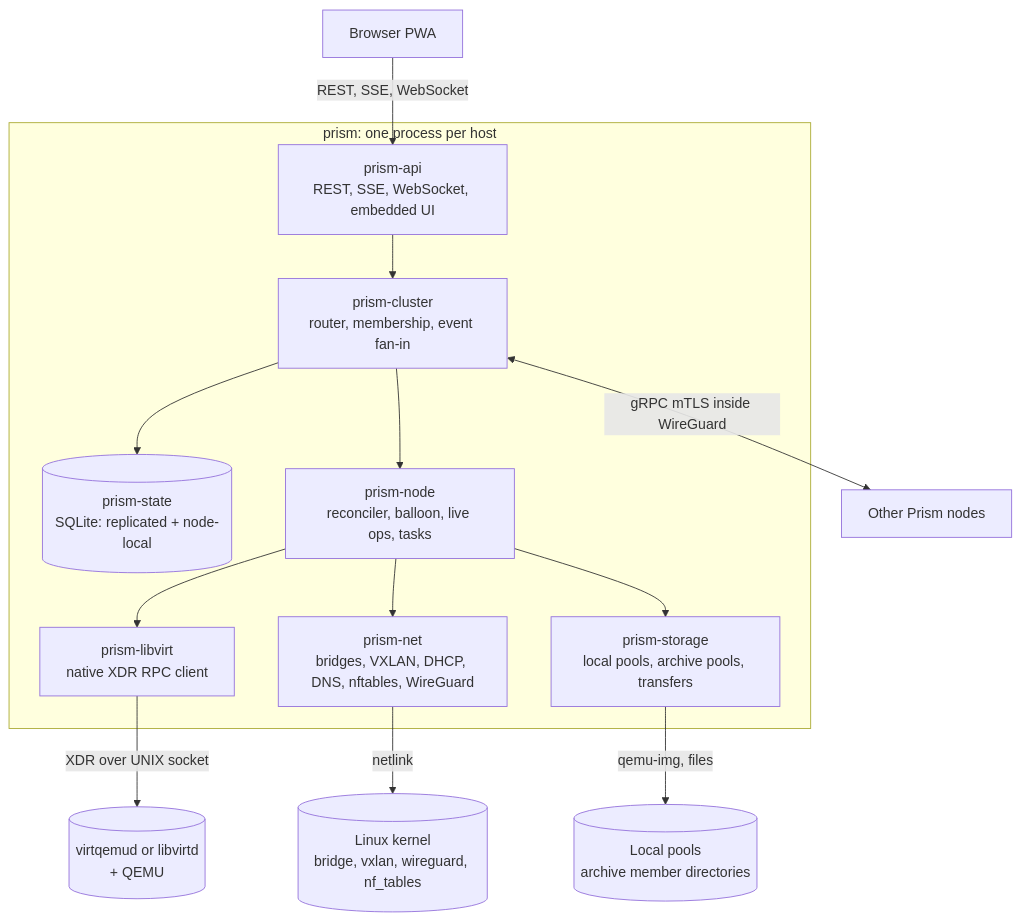
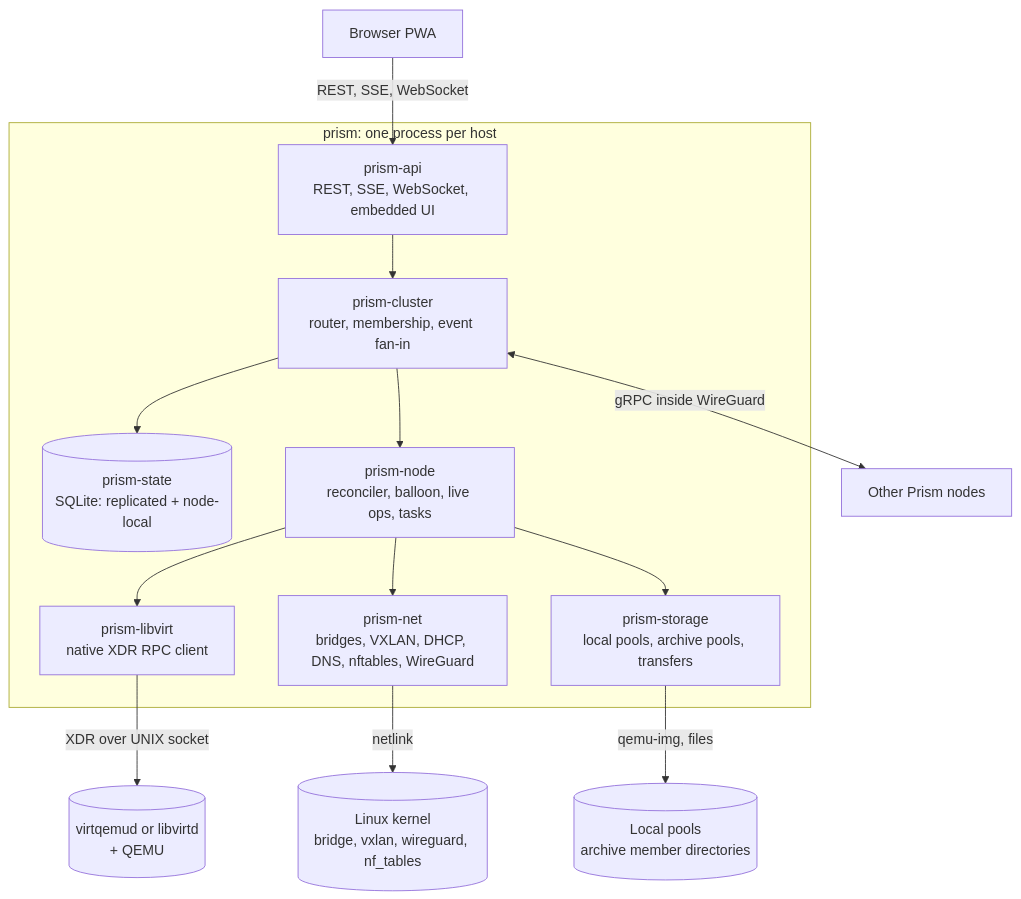
One commit to brenfwd/prism changed the first of 10 diagrams in docs/DESIGN.md. Above: the diagram before and after it, drawn with Mermaid. The commit also changed other lines of this file, not shown here.

First line of the commit message:
Design doc: threat model; WireGuard as the single trust boundary

````diff
--- a/docs/DESIGN.md
+++ b/docs/DESIGN.md
@@ -64,28 +67,28 @@
 ```mermaid
 flowchart TB
     browser["Browser PWA"]
     subgraph prism["prism: one process per host"]
         api["prism-api<br/>REST, SSE, WebSocket, embedded UI"]
         cluster["prism-cluster<br/>router, membership, event fan-in"]
         state[("prism-state<br/>SQLite: replicated + node-local")]
         nodec["prism-node<br/>reconciler, balloon, live ops, tasks"]
         libvirt["prism-libvirt<br/>native XDR RPC client"]
         net["prism-net<br/>bridges, VXLAN, DHCP, DNS, nftables, WireGuard"]
         storage["prism-storage<br/>local pools, archive pools, transfers"]
         api --> cluster
         cluster --> state
         cluster --> nodec
         nodec --> libvirt
         nodec --> net
         nodec --> storage
     end
     virtqemud[("virtqemud or libvirtd<br/>+ QEMU")]
     kernel[("Linux kernel<br/>bridge, vxlan, wireguard, nf_tables")]
     disks[("Local pools<br/>archive member directories")]
     peers["Other Prism nodes"]
     browser -->|"REST, SSE, WebSocket"| api
     libvirt -->|"XDR over UNIX socket"| virtqemud
     net -->|"netlink"| kernel
     storage -->|"qemu-img, files"| disks
-    cluster <-->|"gRPC mTLS inside WireGuard"| peers
+    cluster <-->|"gRPC inside WireGuard"| peers
 ```
````
